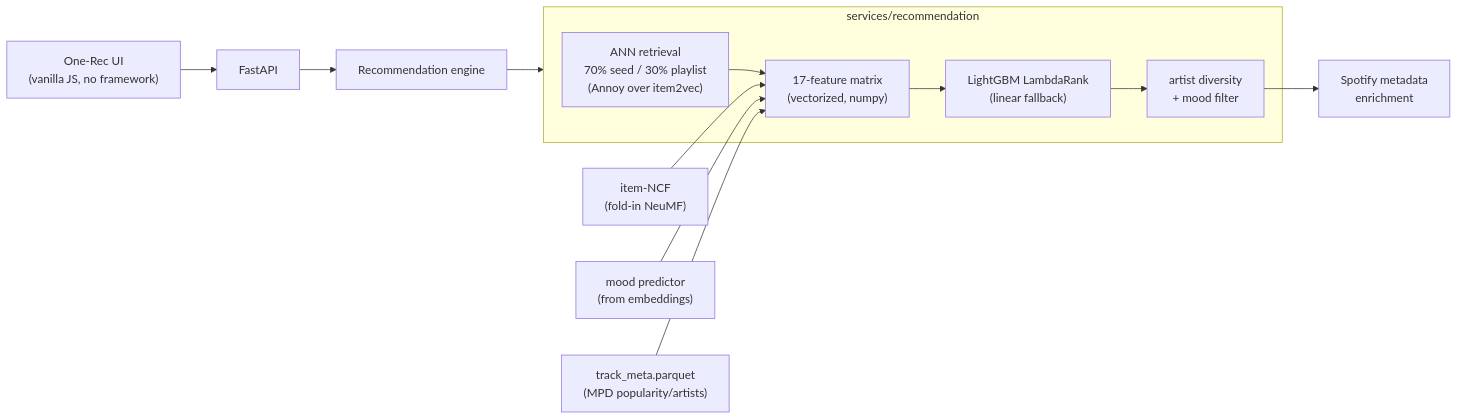
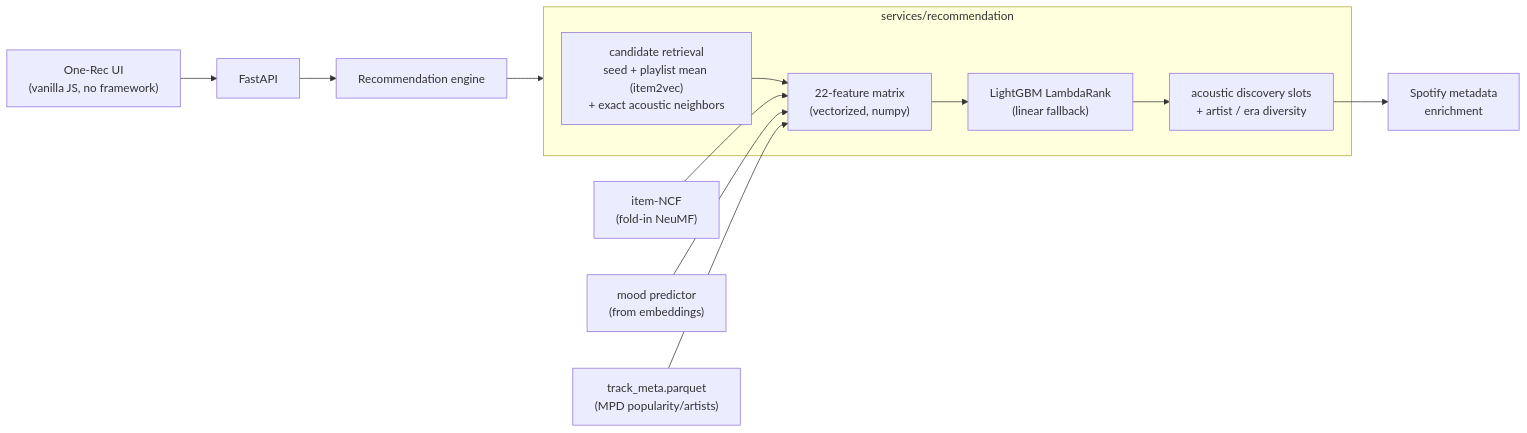
One commit to vincentvdo6/music-recommendation-system changed the diagram in README.md. Above: the diagram before and after it, drawn with Mermaid. The commit also changed other lines of this file and 39 other files, not shown here.

````diff
--- a/README.md
+++ b/README.md
@@ -20,19 +20,19 @@
 ```mermaid
 flowchart LR
     UI["One-Rec UI<br/>(vanilla JS, no framework)"] --> API["FastAPI"]
     API --> ENGINE["Recommendation engine"]
 
     subgraph ENGINE_DETAIL ["services/recommendation"]
-        RETRIEVE["ANN retrieval<br/>70% seed / 30% playlist<br/>(Annoy over item2vec)"]
-        FEATURES["17-feature matrix<br/>(vectorized, numpy)"]
+        RETRIEVE["candidate retrieval<br/>seed + playlist mean (item2vec)<br/>+ exact acoustic neighbors"]
+        FEATURES["22-feature matrix<br/>(vectorized, numpy)"]
         RANK["LightGBM LambdaRank<br/>(linear fallback)"]
-        DIVERSITY["artist diversity<br/>+ mood filter"]
+        DIVERSITY["acoustic discovery slots<br/>+ artist / era diversity"]
         RETRIEVE --> FEATURES --> RANK --> DIVERSITY
     end
 
     ENGINE --> ENGINE_DETAIL
     NCF["item-NCF<br/>(fold-in NeuMF)"] --> FEATURES
     MOOD["mood predictor<br/>(from embeddings)"] --> FEATURES
     META["track_meta.parquet<br/>(MPD popularity/artists)"] --> FEATURES
     DIVERSITY --> SPOTIFY["Spotify metadata<br/>enrichment"]
 ```
````
